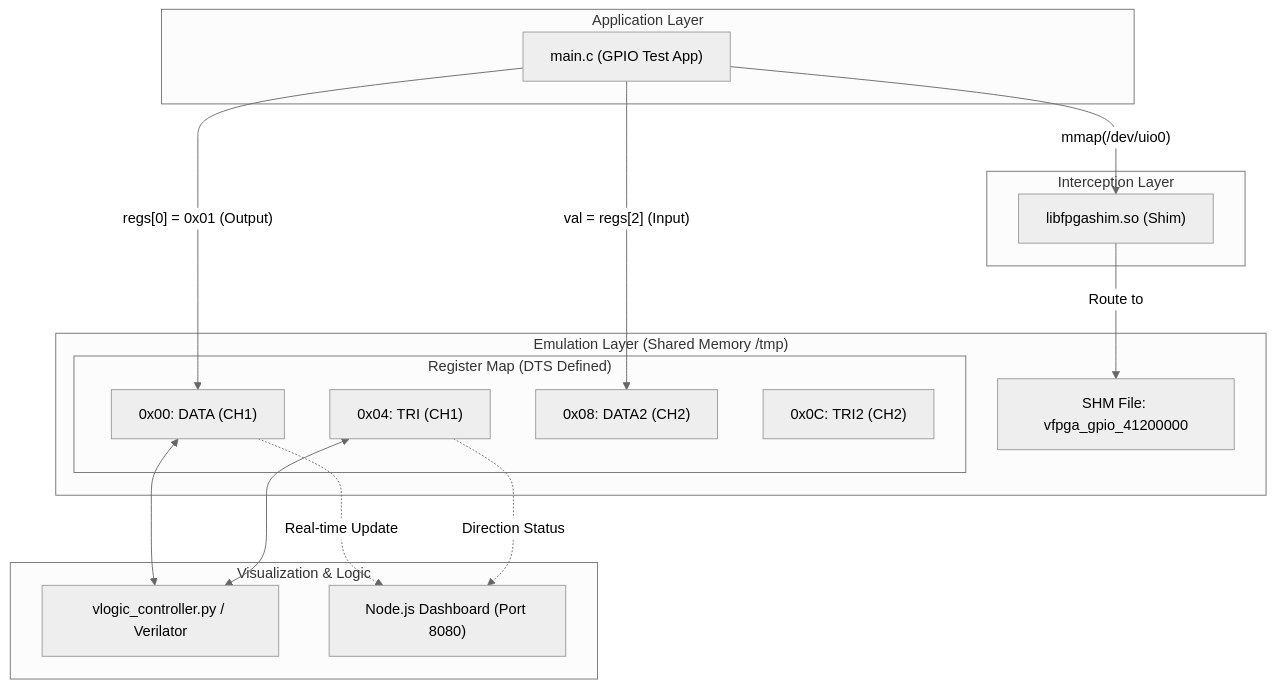
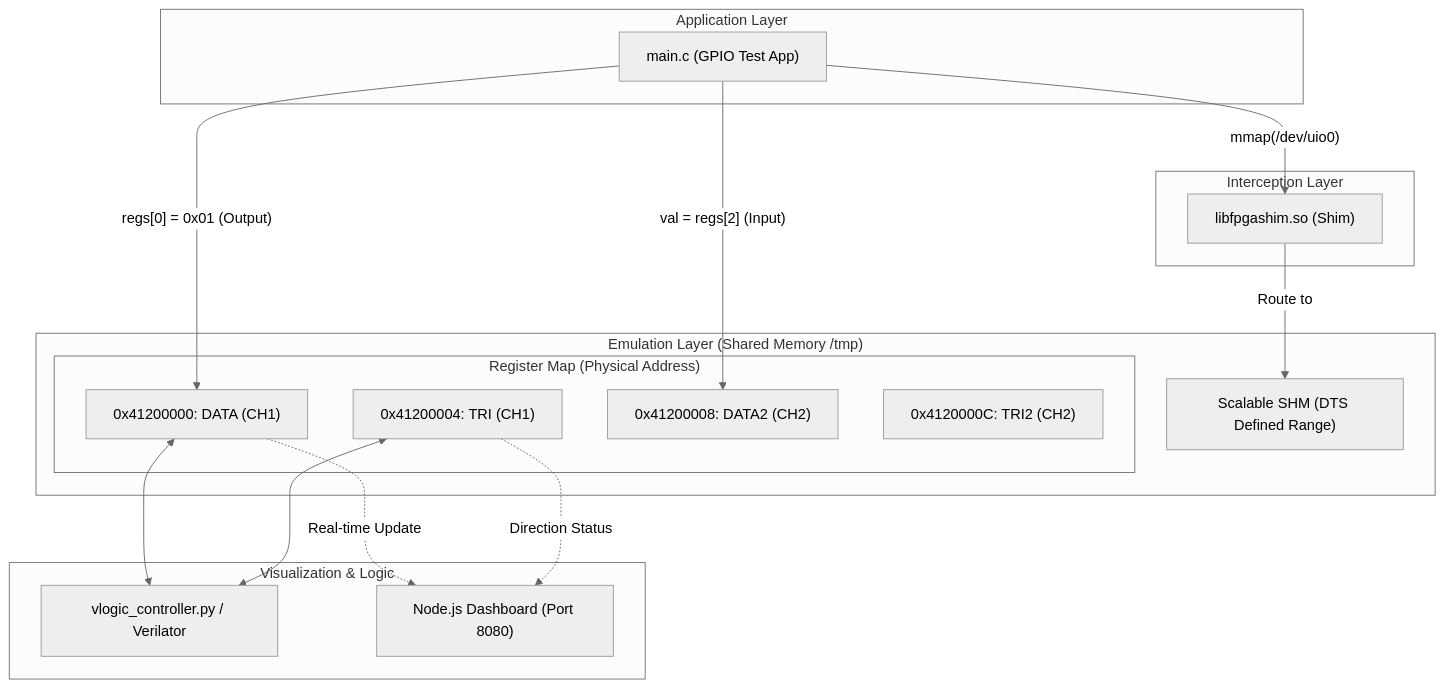
One commit to sirosiro/VirtualFPGALab changed the diagram in tests/scenarios/06_gpio/README.md. Above: the diagram before and after it, drawn with Mermaid (neutral theme). The commit also changed other lines of this file and 6 other files, not shown here.

Commit message:
docs: synchronize architecture manifest and test scenarios with unified physical address space design

````diff
--- a/tests/scenarios/06_gpio/README.md
+++ b/tests/scenarios/06_gpio/README.md
@@ -7,36 +7,36 @@
 ```mermaid
 graph TD
     subgraph "Application Layer"
         Main["main.c (GPIO Test App)"]
     end
 
     subgraph "Interception Layer"
         Shim["libfpgashim.so (Shim)"]
     end
 
     subgraph "Emulation Layer (Shared Memory /tmp)"
-        SHM["SHM File: vfpga_gpio_41200000"]
-        subgraph "Register Map (DTS Defined)"
-            DATA["0x00: DATA (CH1)"]
-            TRI["0x04: TRI (CH1)"]
-            DATA2["0x08: DATA2 (CH2)"]
-            TRI2["0x0C: TRI2 (CH2)"]
+        SHM["Scalable SHM (DTS Defined Range)"]
+        subgraph "Register Map (Physical Address)"
+            DATA["0x41200000: DATA (CH1)"]
+            TRI["0x41200004: TRI (CH1)"]
+            DATA2["0x41200008: DATA2 (CH2)"]
+            TRI2["0x4120000C: TRI2 (CH2)"]
         end
     end
 
     subgraph "Visualization & Logic"
         VLogic["vlogic_controller.py / Verilator"]
         Dash["Node.js Dashboard (Port 8080)"]
     end
 
     Main -- "mmap(/dev/uio0)" --> Shim
     Shim -- "Route to" --> SHM
     Main -- "regs[0] = 0x01 (Output)" --> DATA
     Main -- "val = regs[2] (Input)" --> DATA2
 
     DATA <--> VLogic
     TRI  <--> VLogic
     
     DATA -. "Real-time Update" .-> Dash
     TRI  -. "Direction Status" .-> Dash
 ```
````
